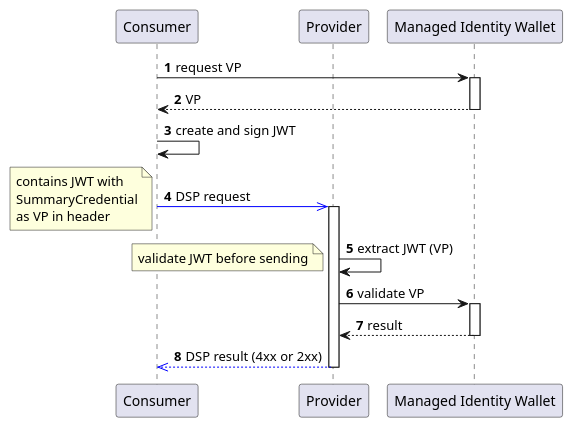
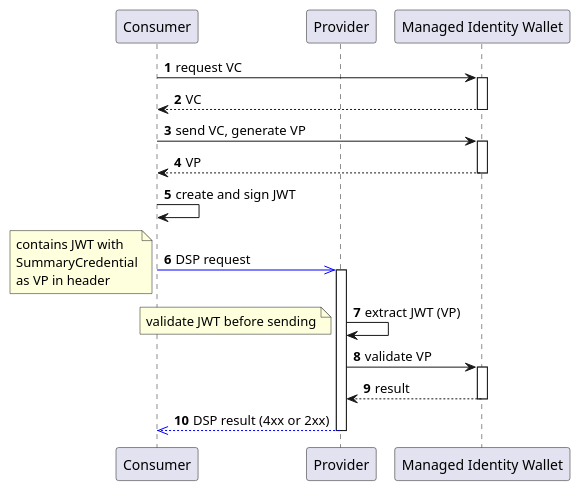
The diagram in docs/architecture/cx-3-2/flow.puml (eclipse-tractusx/ssi-docu), drawn with PlantUML before and after one commit. The commit also changed 1 other file, not shown here.

Commit message:
docs: adapt flow, 2 requests

```diff
--- a/docs/architecture/cx-3-2/flow.puml
+++ b/docs/architecture/cx-3-2/flow.puml
@@ -1,23 +1,25 @@
 @startuml
 participant Consumer as cons
 participant Provider as prov
 participant "Managed Identity Wallet" as miw
 
 autonumber
 
-cons -> miw++: request VP
+cons -> miw++: request VC
+return VC
+cons -> miw++: send VC, generate VP
 return VP
 
 cons -> cons : create and sign JWT
 
 cons -[#blue]>> prov ++: DSP request
 note left: contains JWT with\nSummaryCredential\nas VP in header
 
 prov -> prov: extract JWT (VP) 
 note left: validate JWT before sending
 prov -> miw ++ : validate VP
 return result
 
 return DSP result (4xx or 2xx)
 
 @enduml
```
